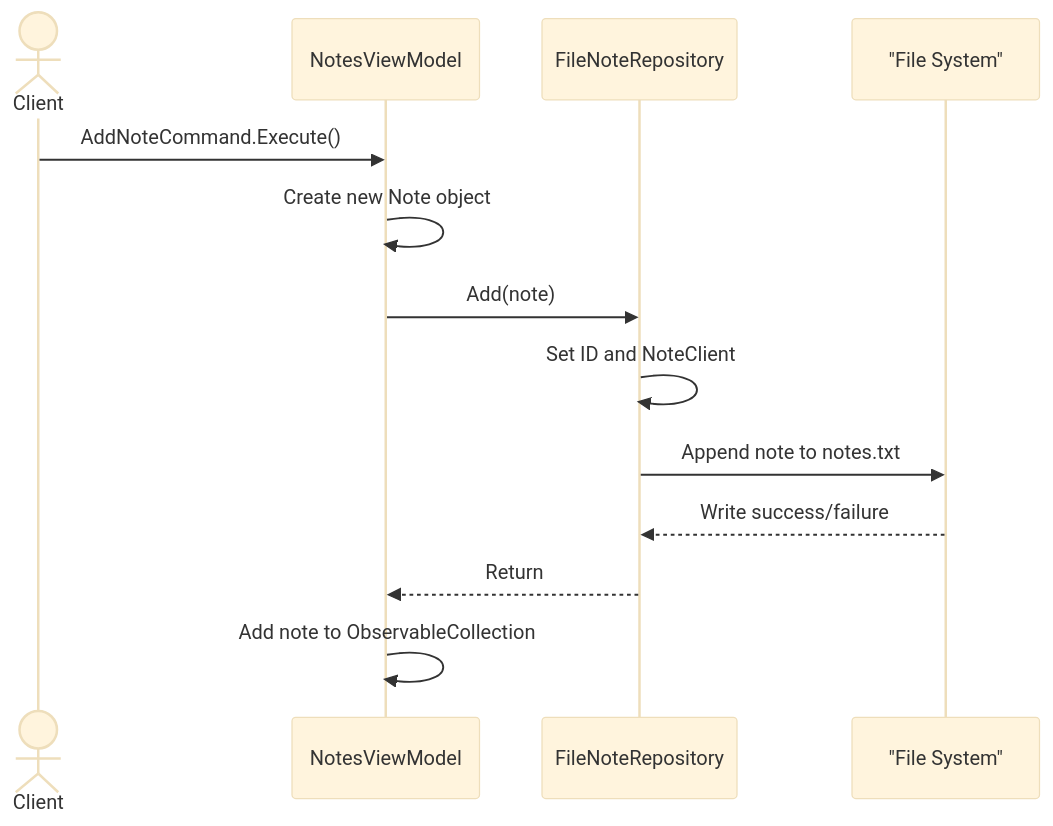
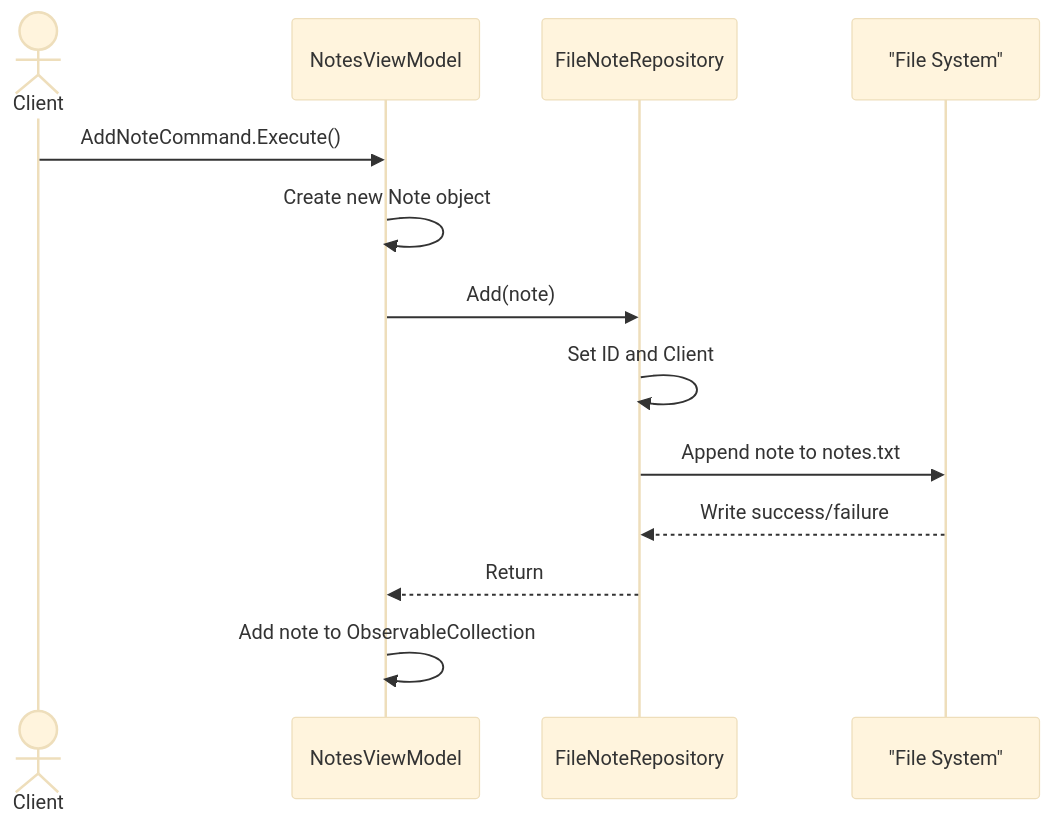
One commit to ilhamhashi/Team10_ProjektGettingReal changed the diagram in DATApp/DATApp/Sequence Diagrams/UseCase2_Sequence_Diagram.mmd. Above: the diagram before and after it, drawn with Mermaid (base theme). The commit also changed 6 other files, not shown here.

```diff
--- a/DATApp/DATApp/Sequence Diagrams/UseCase2_Sequence_Diagram.mmd
+++ b/DATApp/DATApp/Sequence Diagrams/UseCase2_Sequence_Diagram.mmd
@@ -1,14 +1,14 @@
 sequenceDiagram
     actor Client
     participant NotesViewModel
     participant FileNoteRepository
     participant FileSystem as "File System"
 
     Client->>NotesViewModel: AddNoteCommand.Execute()
     NotesViewModel->>NotesViewModel: Create new Note object
     NotesViewModel->>FileNoteRepository: Add(note)
-    FileNoteRepository->>FileNoteRepository: Set ID and NoteClient
+    FileNoteRepository->>FileNoteRepository: Set ID and Client
     FileNoteRepository->>FileSystem: Append note to notes.txt
     FileSystem-->>FileNoteRepository: Write success/failure
     FileNoteRepository-->>NotesViewModel: Return
     NotesViewModel->>NotesViewModel: Add note to ObservableCollection
```
